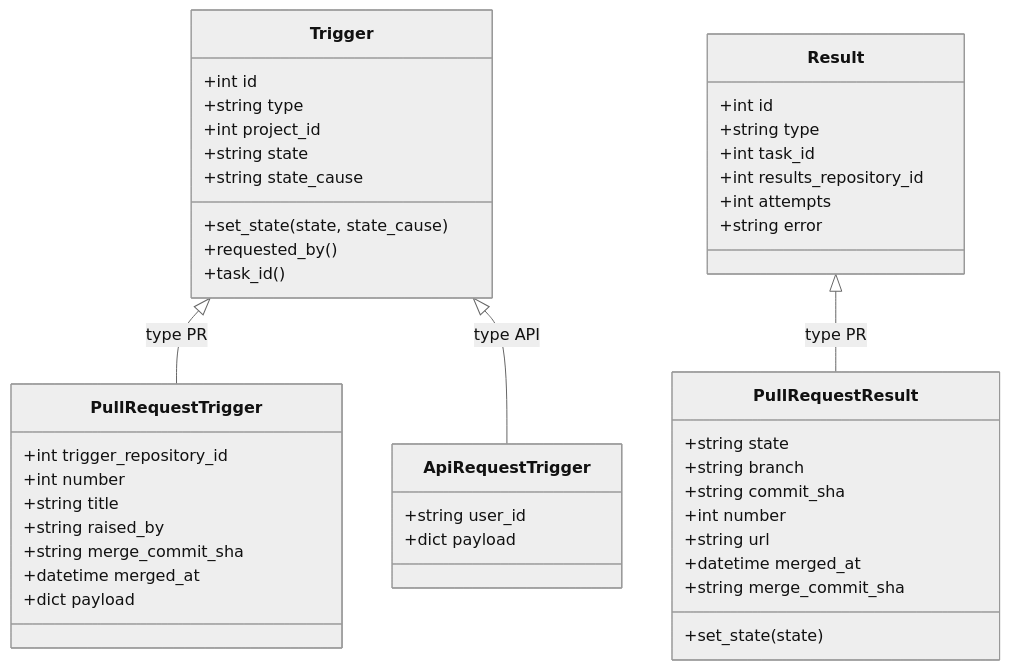
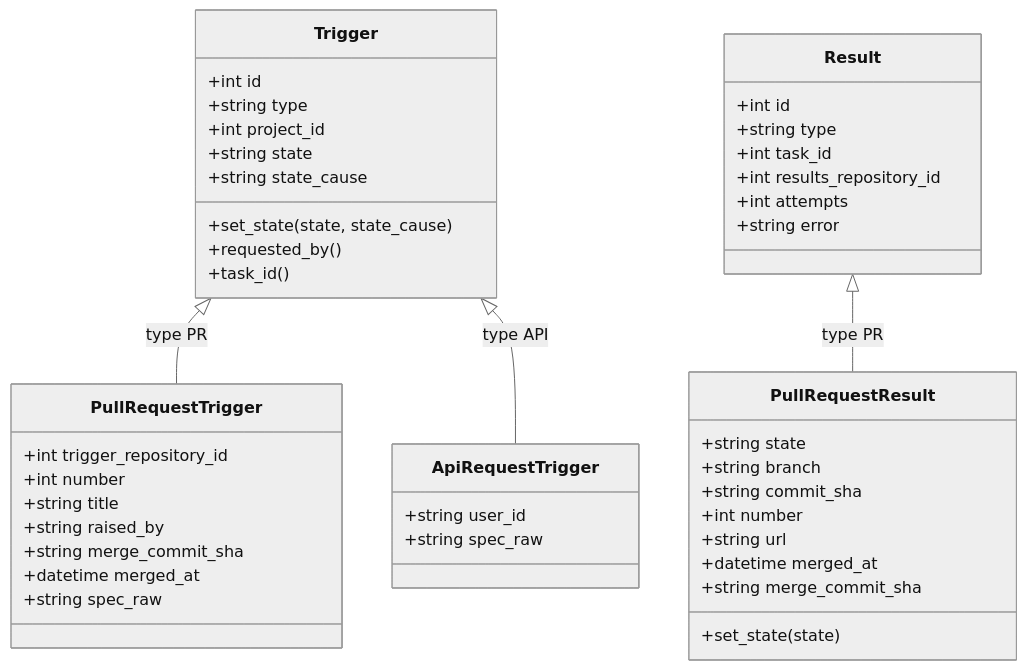
One commit to Aridhia-Open-Source/PHEMS_federated_node changed the second of 5 diagrams in docs/architecture/entities.md. Above: the diagram before and after it, drawn with Mermaid (neutral theme). The commit also changed other lines of this file and 50 other files, not shown here.

First line of the commit message:
Task spec as its own table; raw spec kept on the trigger

````diff
--- a/docs/architecture/entities.md
+++ b/docs/architecture/entities.md
@@ -135,48 +139,48 @@
 ```mermaid
 classDiagram
     class Trigger {
         +int id
         +string type
         +int project_id
         +string state
         +string state_cause
         +set_state(state, state_cause)
         +requested_by()
         +task_id()
     }
     class PullRequestTrigger {
         +int trigger_repository_id
         +int number
         +string title
         +string raised_by
         +string merge_commit_sha
         +datetime merged_at
-        +dict payload
+        +string spec_raw
     }
     class ApiRequestTrigger {
         +string user_id
-        +dict payload
+        +string spec_raw
     }
     Trigger <|-- PullRequestTrigger : type PR
     Trigger <|-- ApiRequestTrigger : type API
 
     class Result {
         +int id
         +string type
         +int task_id
         +int results_repository_id
         +int attempts
         +string error
     }
     class PullRequestResult {
         +string state
         +string branch
         +string commit_sha
         +int number
         +string url
         +datetime merged_at
         +string merge_commit_sha
         +set_state(state)
     }
     Result <|-- PullRequestResult : type PR
 ```
````
